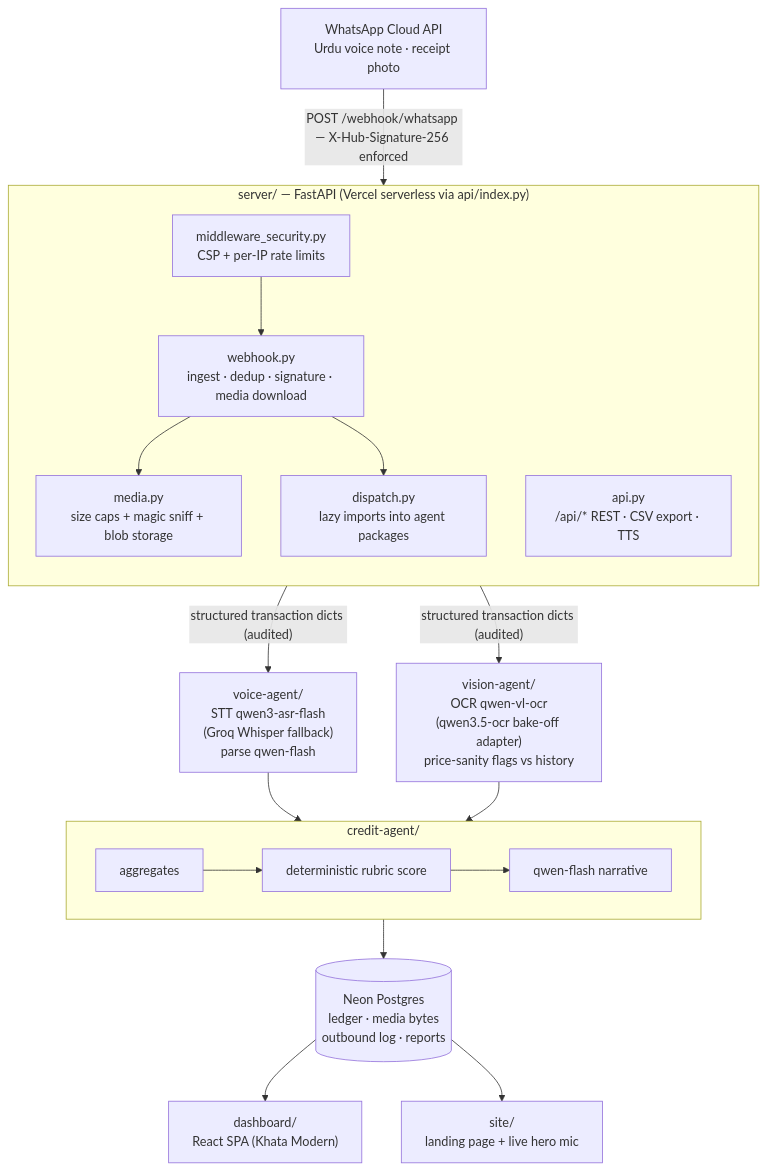
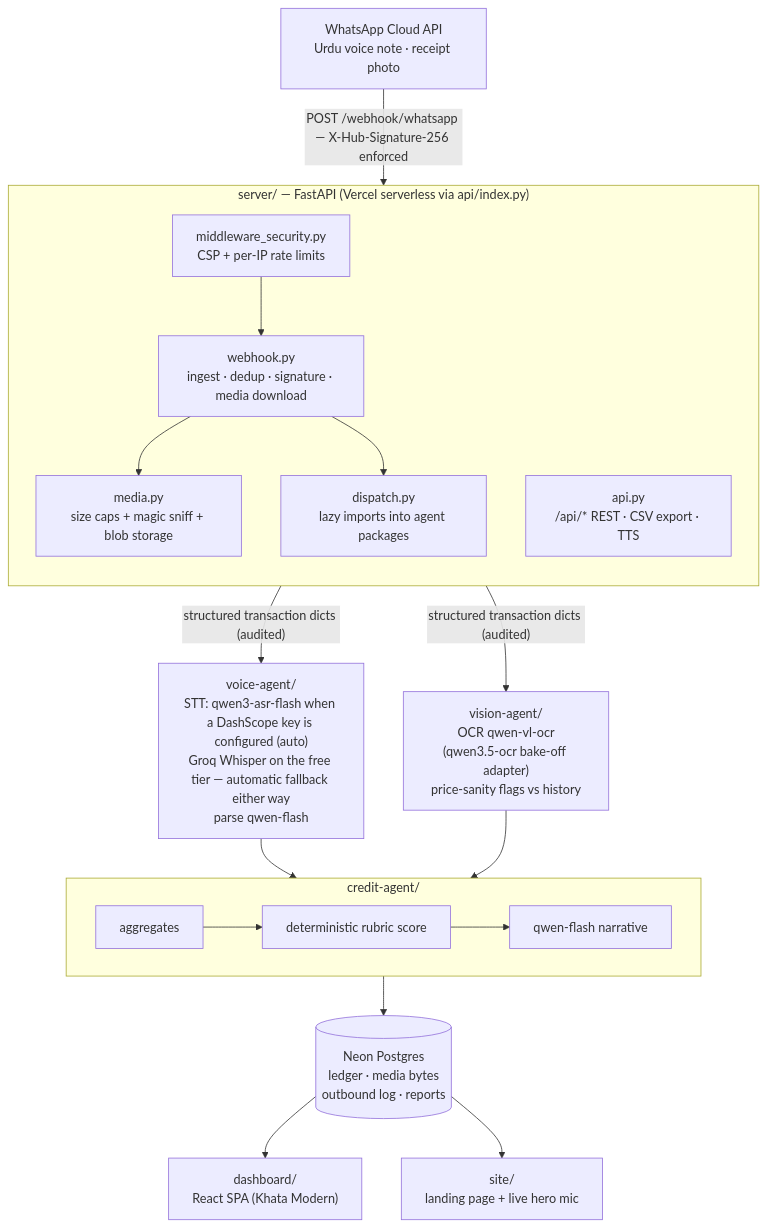
The diagram in README.md (HussamHaroon/Bizro), drawn with Mermaid before and after one commit. The commit also changed other lines of this file, not shown here.

Commit message:
README honesty pass: limitations & roadmap, trust model, cost estimate, privacy summary; STT wording matches actual provider behavior

````diff
--- a/README.md
+++ b/README.md
@@ -49,29 +49,29 @@
 ```mermaid
 flowchart TD
     WA["WhatsApp Cloud API<br/>Urdu voice note · receipt photo"]
     WA -->|"POST /webhook/whatsapp — X-Hub-Signature-256 enforced"| SRV
 
     subgraph SRV["server/ — FastAPI (Vercel serverless via api/index.py)"]
         direction TB
         MW["middleware_security.py<br/>CSP + per-IP rate limits"]
         WH["webhook.py<br/>ingest · dedup · signature · media download"]
         MED["media.py<br/>size caps + magic sniff + blob storage"]
         DSP["dispatch.py<br/>lazy imports into agent packages"]
         API["api.py<br/>/api/* REST · CSV export · TTS"]
         MW --> WH --> MED
         WH --> DSP
     end
 
-    DSP -->|"structured transaction dicts (audited)"| VA["voice-agent/<br/>STT qwen3-asr-flash<br/>(Groq Whisper fallback)<br/>parse qwen-flash"]
+    DSP -->|"structured transaction dicts (audited)"| VA["voice-agent/<br/>STT: qwen3-asr-flash when a DashScope key is configured (auto)<br/>Groq Whisper on the free tier — automatic fallback either way<br/>parse qwen-flash"]
     DSP -->|"structured transaction dicts (audited)"| VI["vision-agent/<br/>OCR qwen-vl-ocr<br/>(qwen3.5-ocr bake-off adapter)<br/>price-sanity flags vs history"]
 
     VA --> CA
     VI --> CA
     subgraph CA["credit-agent/"]
         AG["aggregates"] --> RB["deterministic rubric score"] --> NA["qwen-flash narrative"]
     end
 
     CA --> DB[("Neon Postgres<br/>ledger · media bytes<br/>outbound log · reports")]
     DB --> DASH["dashboard/<br/>React SPA (Khata Modern)"]
     DB --> SITE["site/<br/>landing page + live hero mic"]
 ```
````
